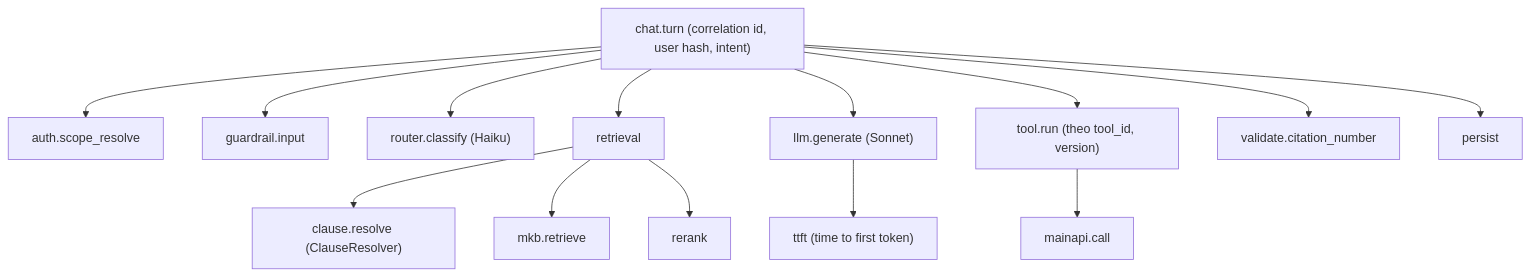
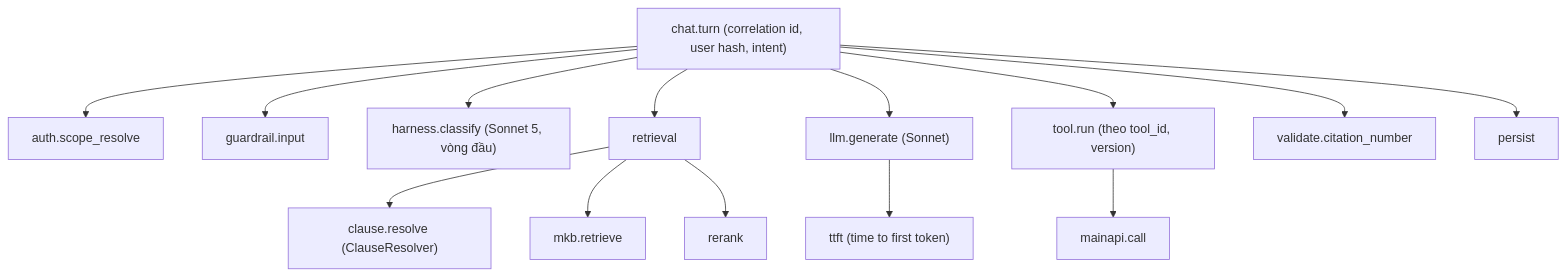
The fifth of 7 diagrams in ship/08-eval-quan-sat.md (vdloc/vfstructures-ai-solution), drawn with Mermaid before and after one commit. The commit also changed 17 other files, not shown here.

````diff
--- a/ship/08-eval-quan-sat.md
+++ b/ship/08-eval-quan-sat.md
@@ -215,16 +215,16 @@
 ```mermaid
 flowchart TD
  ROOT["chat.turn (correlation id, user hash, intent)"] --> S1["auth.scope_resolve"]
  ROOT --> S2["guardrail.input"]
- ROOT --> S3["router.classify (Haiku)"]
+ ROOT --> S3["harness.classify (Sonnet 5, vòng đầu)"]
  ROOT --> S4["retrieval"]
  S4 --> S4a["clause.resolve (ClauseResolver)"]
  S4 --> S4b["mkb.retrieve"]
  S4 --> S4c["rerank"]
  ROOT --> S5["llm.generate (Sonnet)"]
  S5 --> S5a["ttft (time to first token)"]
  ROOT --> S6["tool.run (theo tool_id, version)"]
  S6 --> S6a["mainapi.call"]
  ROOT --> S7["validate.citation_number"]
  ROOT --> S8["persist"]
 ```
````
